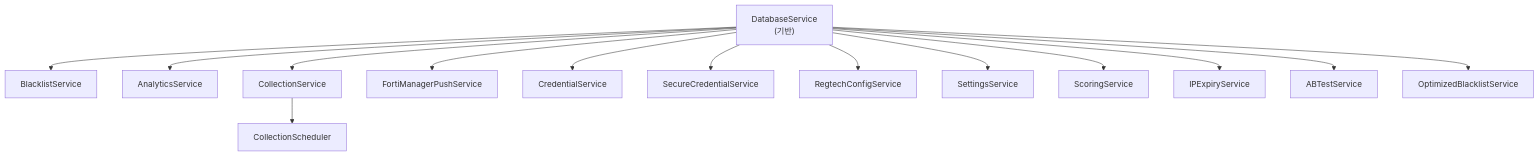
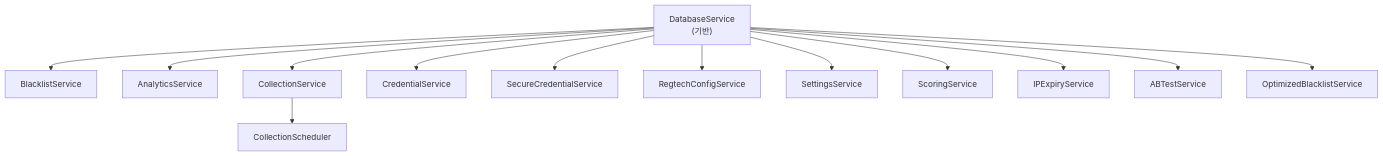
Before and after one commit to jclee941/blacklist: the third of 5 diagrams in docs/deliverables/02-SYSTEM-DESIGN.md, drawn with Mermaid. The commit also changed other lines of this file and 38 other files, not shown here.

First line of the commit message:
refactor: remove FortiManager legacy, dead packages, and duplicate routes

````diff
--- a/docs/deliverables/02-SYSTEM-DESIGN.md
+++ b/docs/deliverables/02-SYSTEM-DESIGN.md
@@ -318,17 +316,16 @@
 ```mermaid
 graph TD
     DB["DatabaseService<br/>(기반)"]
     DB --> BL["BlacklistService"]
     DB --> AN["AnalyticsService"]
     DB --> COL["CollectionService"]
-    DB --> FMG["FortiManagerPushService"]
     DB --> CRED["CredentialService"]
     DB --> SCRED["SecureCredentialService"]
     DB --> RTC["RegtechConfigService"]
     DB --> SET["SettingsService"]
     DB --> SCO["ScoringService"]
     DB --> EXP["IPExpiryService"]
     DB --> AB["ABTestService"]
     DB --> OPT["OptimizedBlacklistService"]
     COL --> SCHED["CollectionScheduler"]
 ```
````
